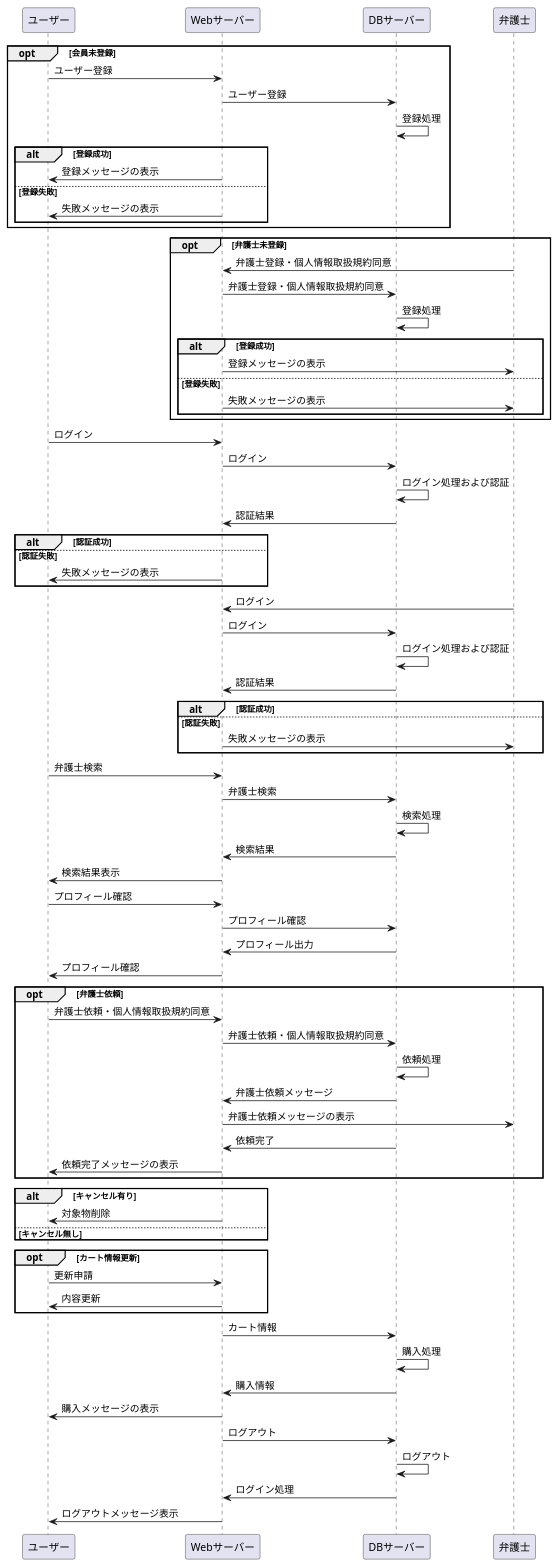
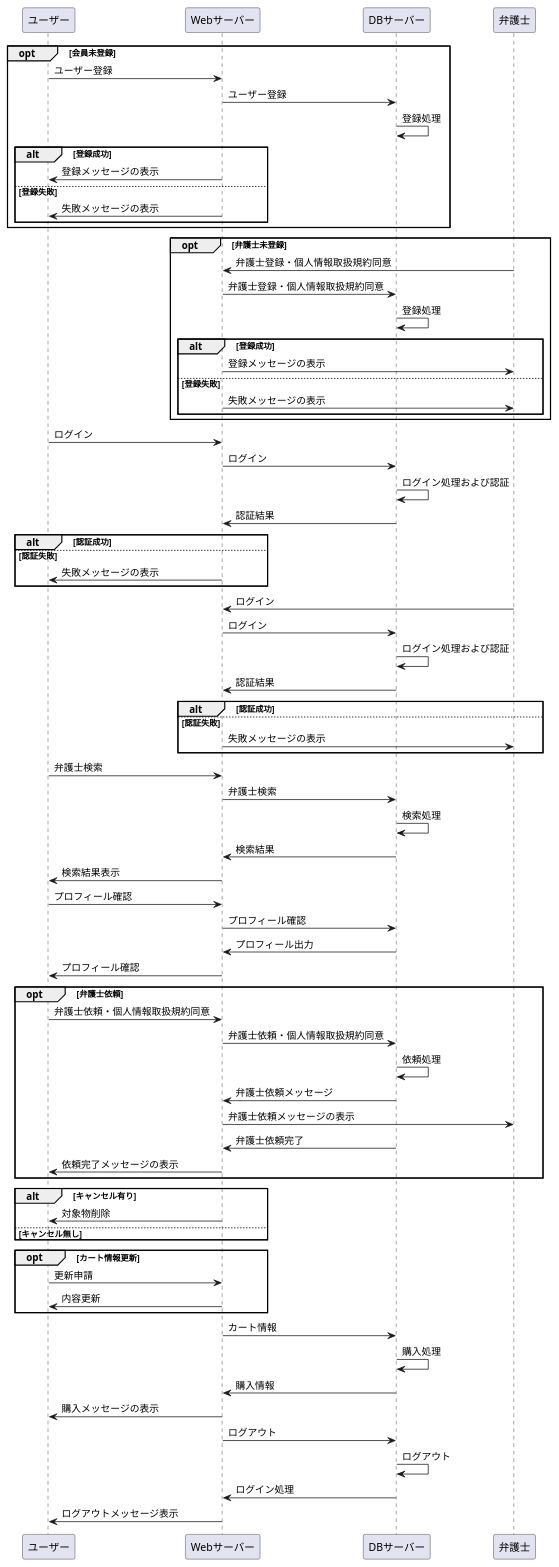
The diagram in bengoshi-syoukai.md (Aso2001374/2021sys-design), drawn with PlantUML before and after one commit.

```diff
--- a/bengoshi-syoukai.md
+++ b/bengoshi-syoukai.md
@@ -91,10 +91,9 @@
 DBサーバー -> DBサーバー:依頼処理
 DBサーバー -> Webサーバー:弁護士依頼メッセージ
 Webサーバー ->弁護士:弁護士依頼メッセージの表示
-DBサーバー -> Webサーバー:依頼完了
+DBサーバー -> Webサーバー:弁護士依頼完了
 Webサーバー ->ユーザー:依頼完了メッセージの表示
 
-  
 end
 
 
```
